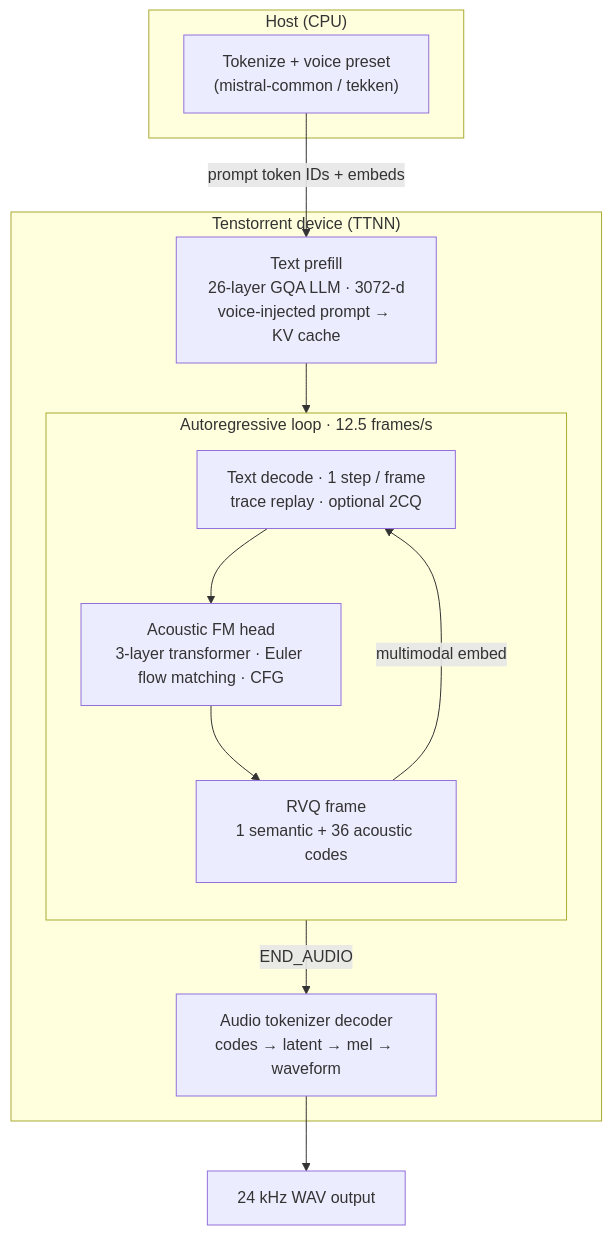
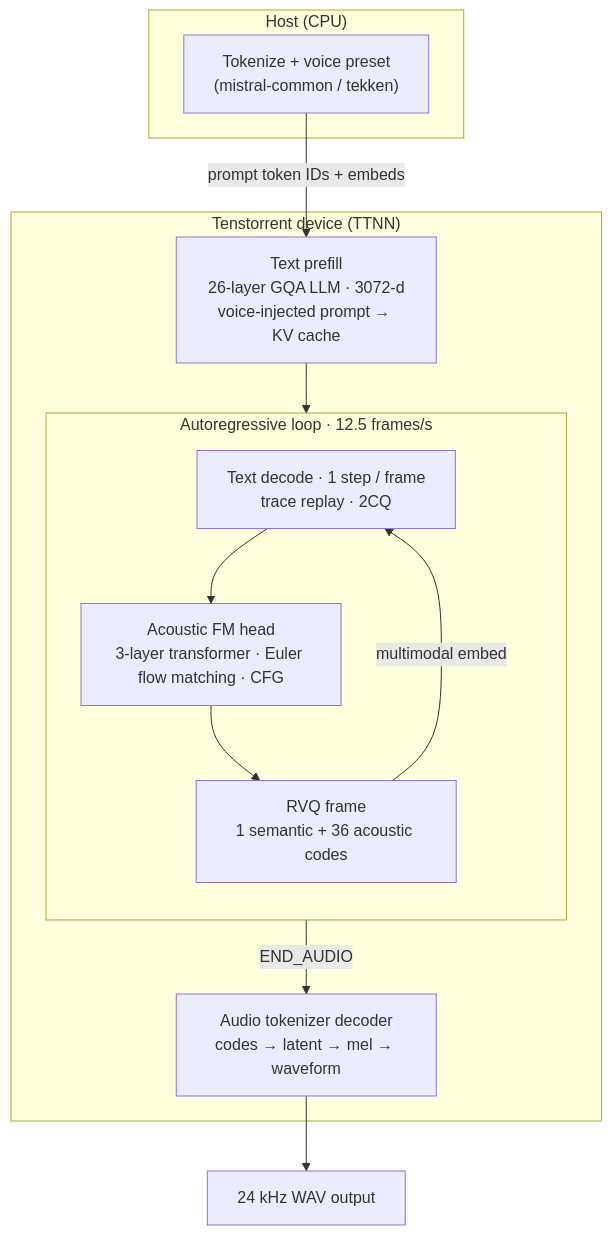
One commit to tenstorrent/tt-metal changed the diagram in models/experimental/voxtraltts/README.md. Above: the diagram before and after it, drawn with Mermaid. The commit also changed other lines of this file and 8 other files, not shown here.

````diff
--- a/models/experimental/voxtraltts/README.md
+++ b/models/experimental/voxtraltts/README.md
@@ -19,28 +19,28 @@
 ```mermaid
 flowchart TB
     subgraph Host["Host (CPU)"]
         TOK["Tokenize + voice preset<br/>(mistral-common / tekken)"]
     end
 
     subgraph TT["Tenstorrent device (TTNN)"]
         PF["Text prefill<br/>26-layer GQA LLM · 3072-d<br/>voice-injected prompt → KV cache"]
 
         subgraph AR["Autoregressive loop · 12.5 frames/s"]
             direction TB
-            TD["Text decode · 1 step / frame<br/>trace replay · optional 2CQ"]
+            TD["Text decode · 1 step / frame<br/>trace replay · 2CQ"]
             FM["Acoustic FM head<br/>3-layer transformer · Euler flow matching · CFG"]
             COD["RVQ frame<br/>1 semantic + 36 acoustic codes"]
             TD --> FM --> COD
             COD -->|"multimodal embed"| TD
         end
 
         AUD["Audio tokenizer decoder<br/>codes → latent → mel → waveform"]
     end
 
     WAV["24 kHz WAV output"]
 
     TOK -->|"prompt token IDs + embeds"| PF
     PF --> AR
     AR -->|"END_AUDIO"| AUD
     AUD --> WAV
 ```
````
